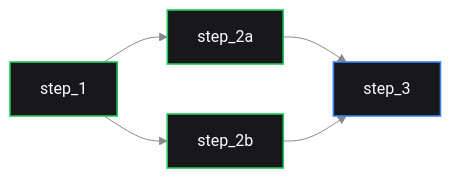
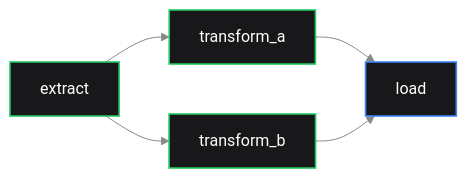
The diagram in README.md (dagu-org/dagu), drawn with Mermaid before and after one commit. The commit also changed other lines of this file, not shown here.

````diff
--- a/README.md
+++ b/README.md
@@ -201,12 +190,12 @@
 ```mermaid
 %%{init: {'theme': 'base', 'themeVariables': {'background': '#18181B', 'primaryTextColor': '#fff', 'lineColor': '#888'}}}%%
 graph LR
-    A[step_1] --> B[step_2a]
-    A --> C[step_2b]
-    B --> D[step_3]
+    A[extract] --> B[transform_a]
+    A --> C[transform_b]
+    B --> D[load]
     C --> D
     style A fill:#18181B,stroke:#22C55E,stroke-width:1.6px,color:#fff
     style B fill:#18181B,stroke:#22C55E,stroke-width:1.6px,color:#fff
     style C fill:#18181B,stroke:#22C55E,stroke-width:1.6px,color:#fff
     style D fill:#18181B,stroke:#3B82F6,stroke-width:1.6px,color:#fff
 ```
````
